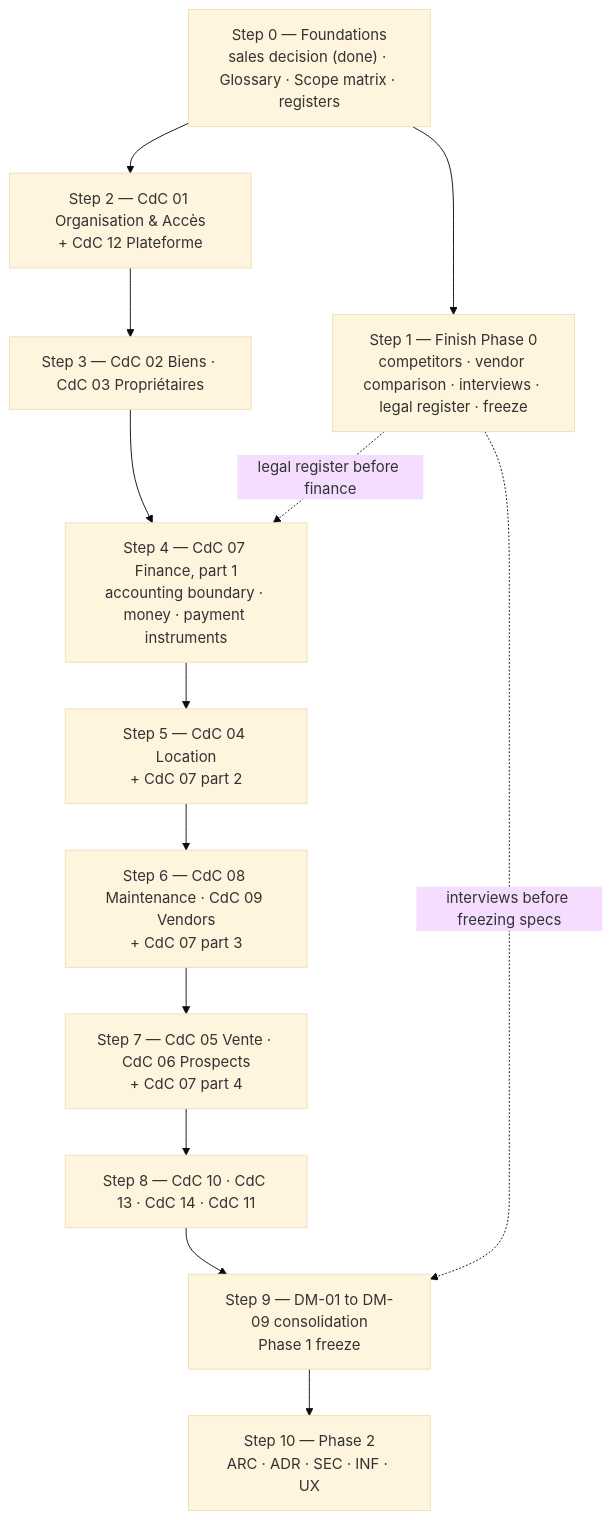
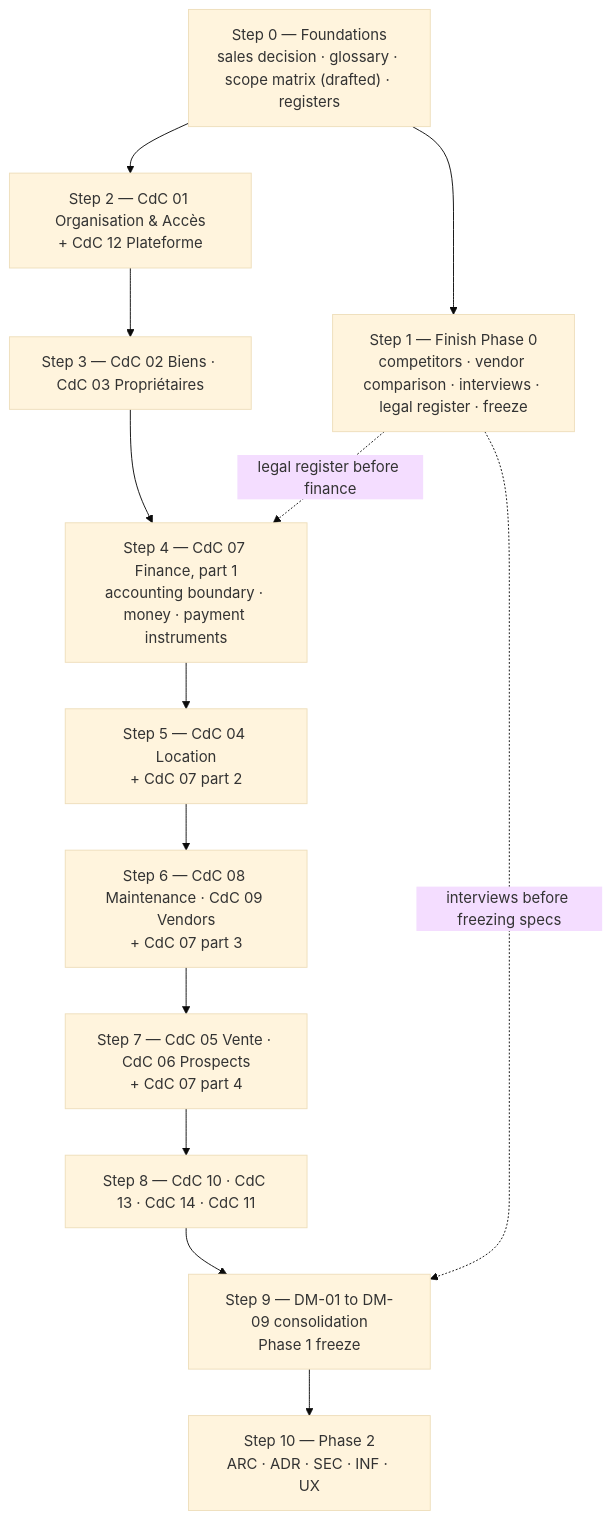
The diagram in docs/00-documentation-map.md (hamzAmbarki2/ERP), drawn with Mermaid (base theme) before and after one commit. The commit also changed other lines of this file and 2 other files, not shown here.

First line of the commit message:
Add glossary and scope matrix (REF-01, REF-05)

````diff
--- a/docs/00-documentation-map.md
+++ b/docs/00-documentation-map.md
@@ -254,18 +256,18 @@
 ``` mermaid
 flowchart TD
-  S0["Step 0 — Foundations<br/>sales decision (done) · Glossary · Scope matrix · registers"]
+  S0["Step 0 — Foundations<br/>sales decision · glossary · scope matrix (drafted) · registers"]
   P0["Step 1 — Finish Phase 0<br/>competitors · vendor comparison · interviews · legal register · freeze"]
   S2["Step 2 — CdC 01 Organisation & Accès<br/>+ CdC 12 Plateforme"]
   S3["Step 3 — CdC 02 Biens · CdC 03 Propriétaires"]
   S4["Step 4 — CdC 07 Finance, part 1<br/>accounting boundary · money · payment instruments"]
   S5["Step 5 — CdC 04 Location<br/>+ CdC 07 part 2"]
   S6["Step 6 — CdC 08 Maintenance · CdC 09 Vendors<br/>+ CdC 07 part 3"]
   S7["Step 7 — CdC 05 Vente · CdC 06 Prospects<br/>+ CdC 07 part 4"]
   S8["Step 8 — CdC 10 · CdC 13 · CdC 14 · CdC 11"]
   S9["Step 9 — DM-01 to DM-09 consolidation<br/>Phase 1 freeze"]
   S10["Step 10 — Phase 2<br/>ARC · ADR · SEC · INF · UX"]
   S0 --> S2 --> S3 --> S4 --> S5 --> S6 --> S7 --> S8 --> S9 --> S10
   S0 --> P0
   P0 -. "legal register before finance" .-> S4
   P0 -. "interviews before freezing specs" .-> S9
 ```
````
